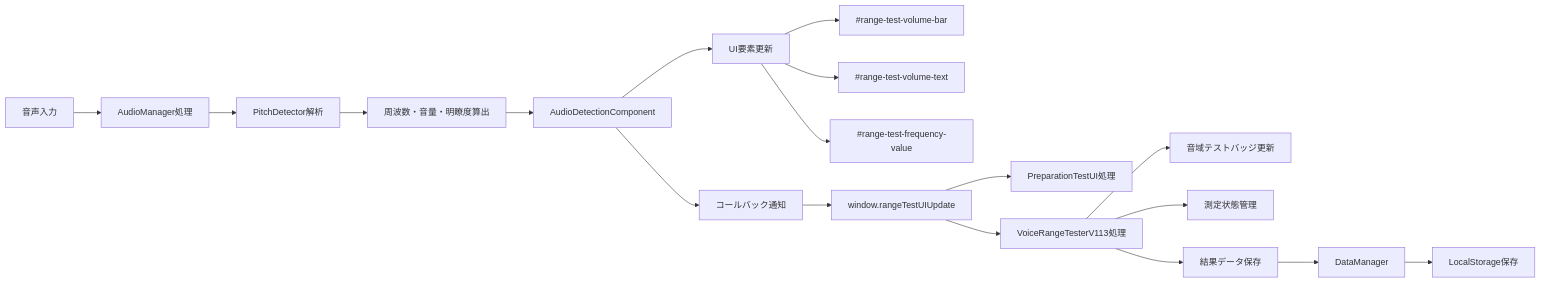
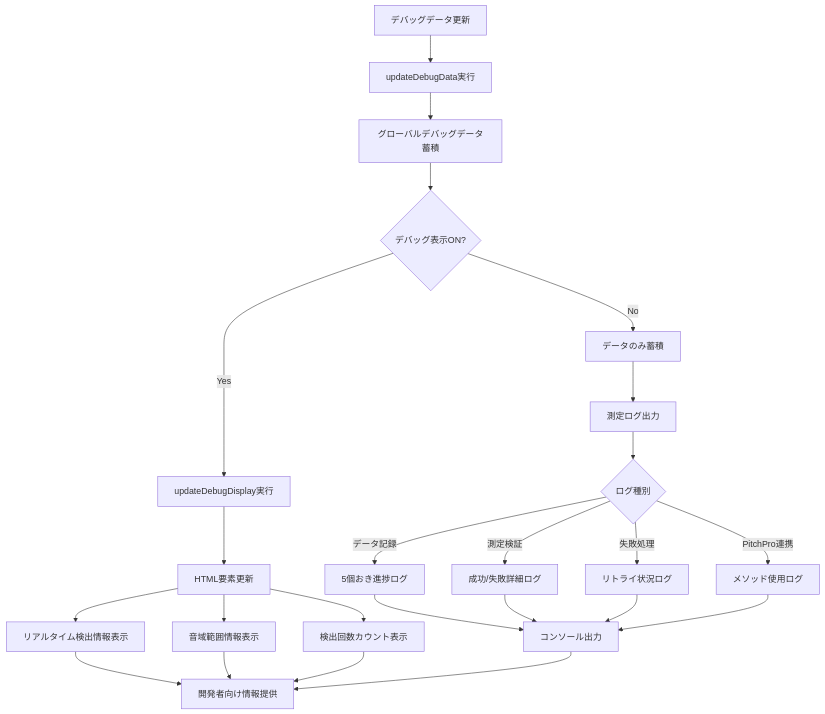
The eighth of 10 diagrams in VOICE_RANGE_TEST_FLOW_DIAGRAM.md (kiyopi/Relative-pitch-app), drawn with Mermaid before and after one commit. The commit also changed other lines of this file and 79 other files, not shown here.

````diff
--- a/VOICE_RANGE_TEST_FLOW_DIAGRAM.md
+++ b/VOICE_RANGE_TEST_FLOW_DIAGRAM.md
@@ -310,25 +292,32 @@
 ```mermaid
-flowchart LR
-    A[音声入力] --> B[AudioManager処理]
-    B --> C[PitchDetector解析]
-    C --> D[周波数・音量・明瞭度算出]
-    
-    D --> E[AudioDetectionComponent]
-    E --> F[UI要素更新]
-    E --> G[コールバック通知]
-    
-    F --> H["#range-test-volume-bar"]
-    F --> I["#range-test-volume-text"]
-    F --> J["#range-test-frequency-value"]
-    
-    G --> K[window.rangeTestUIUpdate]
-    K --> L[PreparationTestUI処理]
-    K --> M[VoiceRangeTesterV113処理]
-    
-    M --> N[音域テストバッジ更新]
-    M --> O[測定状態管理]
-    M --> P[結果データ保存]
-    
-    P --> Q[DataManager]
-    Q --> R[LocalStorage保存]
+flowchart TD
+    A[デバッグデータ更新] --> B[updateDebugData実行]
+    B --> C[グローバルデバッグデータ蓄積]
+
+    C --> D{デバッグ表示ON?}
+    D -->|Yes| E[updateDebugDisplay実行]
+    D -->|No| F[データのみ蓄積]
+
+    E --> G[HTML要素更新]
+    G --> H[リアルタイム検出情報表示]
+    G --> I[音域範囲情報表示]
+    G --> J[検出回数カウント表示]
+
+    F --> K[測定ログ出力]
+    K --> L{ログ種別}
+
+    L -->|データ記録| M[5個おき進捗ログ]
+    L -->|測定検証| N[成功/失敗詳細ログ]
+    L -->|失敗処理| O[リトライ状況ログ]
+    L -->|PitchPro連携| P[メソッド使用ログ]
+
+    M --> Q[コンソール出力]
+    N --> Q
+    O --> Q
+    P --> Q
+
+    H --> R[開発者向け情報提供]
+    I --> R
+    J --> R
+    Q --> R
 ```
````
